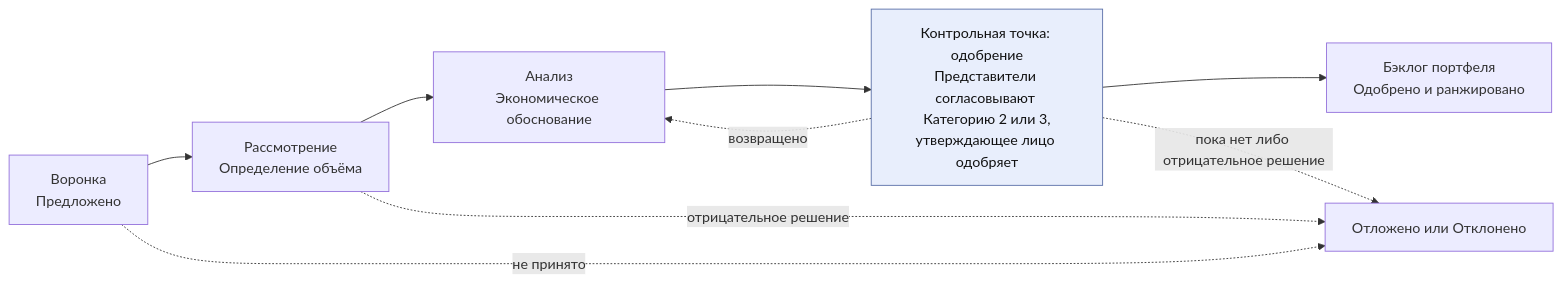
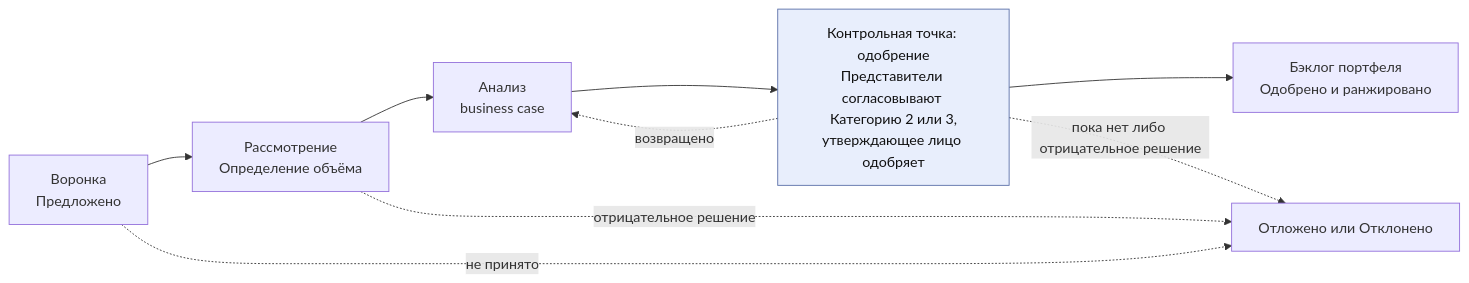
One commit to devhogu/ob-aicc changed the fourth of 10 diagrams in charter/ru/workflows/service-delivery.md. Above: the diagram before and after it, drawn with Mermaid. The commit also changed other lines of this file and 768 other files, not shown here.

````diff
--- a/charter/ru/workflows/service-delivery.md
+++ b/charter/ru/workflows/service-delivery.md
@@ -91,13 +91,13 @@
 ```mermaid
 flowchart LR
   F["Воронка<br/>Предложено"] --> R["Рассмотрение<br/>Определение объёма"]
-  R --> A["Анализ<br/>Экономическое обоснование"]
+  R --> A["Анализ<br/>business case"]
   A --> G1["Контрольная точка: одобрение<br/>Представители согласовывают Категорию 2 или 3,<br/>утверждающее лицо одобряет"]
   G1 --> B["Бэклог портфеля<br/>Одобрено и ранжировано"]
   G1 -.->|"возвращено"| A
   F -.->|"не принято"| DJ["Отложено или Отклонено"]
   R -.->|"отрицательное решение"| DJ
   G1 -.->|"пока нет либо отрицательное решение"| DJ
   classDef gate fill:#e8eefc,stroke:#5a6fa8,color:#111
   class G1 gate
 ```
````
